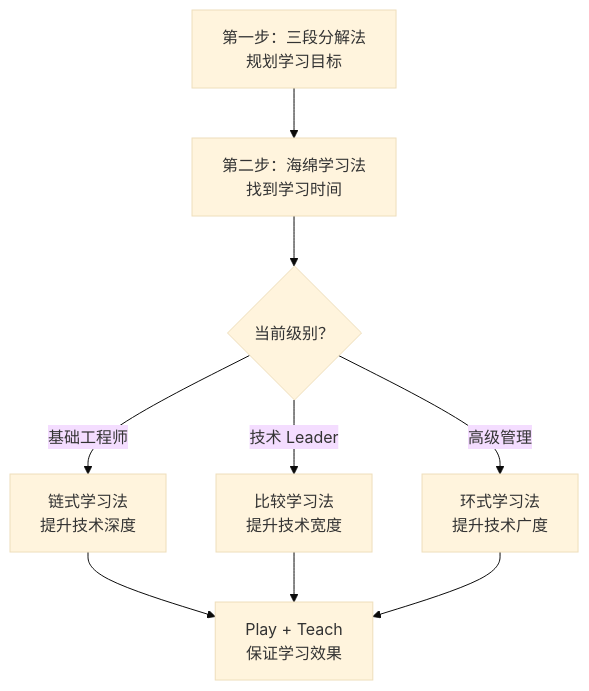
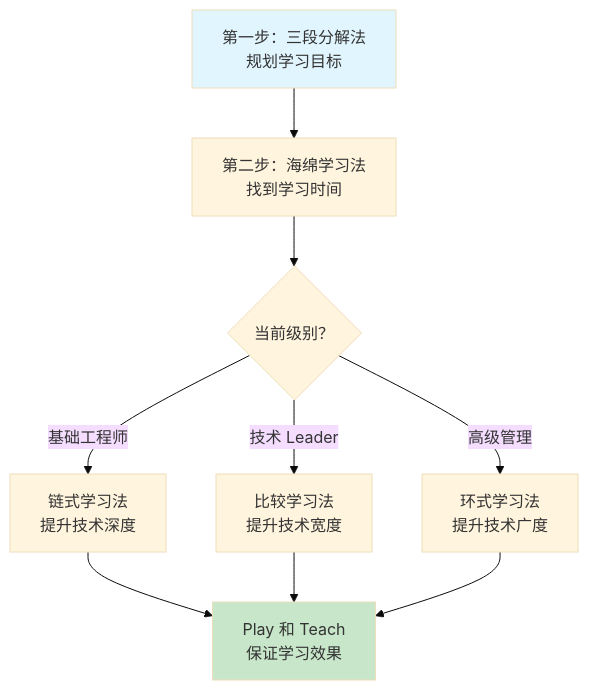
Before and after one commit to chongyang211/YCBookBlog: the sixth of 7 diagrams in packages/website/11.书籍/04.自我精进·学习/10.宏观学习的方法.md, drawn with Mermaid (base theme). The commit also changed other lines of this file and 17 other files, not shown here.

````diff
--- a/packages/website/11.书籍/04.自我精进·学习/10.宏观学习的方法.md
+++ b/packages/website/11.书籍/04.自我精进·学习/10.宏观学习的方法.md
@@ -177,11 +183,13 @@
 ```mermaid
 flowchart TD
-    A[第一步：三段分解法<br>规划学习目标] --> B[第二步：海绵学习法<br>找到学习时间]
+    A[第一步：三段分解法<br/>规划学习目标] --> B[第二步：海绵学习法<br/>找到学习时间]
     B --> C{当前级别？}
-    C -->|基础工程师| D[链式学习法<br>提升技术深度]
-    C -->|技术 Leader| E[比较学习法<br>提升技术宽度]
-    C -->|高级管理| F[环式学习法<br>提升技术广度]
-    D --> G[Play + Teach<br>保证学习效果]
+    C -->|基础工程师| D[链式学习法<br/>提升技术深度]
+    C -->|技术 Leader| E[比较学习法<br/>提升技术宽度]
+    C -->|高级管理| F[环式学习法<br/>提升技术广度]
+    D --> G[Play 和 Teach<br/>保证学习效果]
     E --> G
     F --> G
+    style A fill:#e1f5fe
+    style G fill:#c8e6c9
 ```
````
